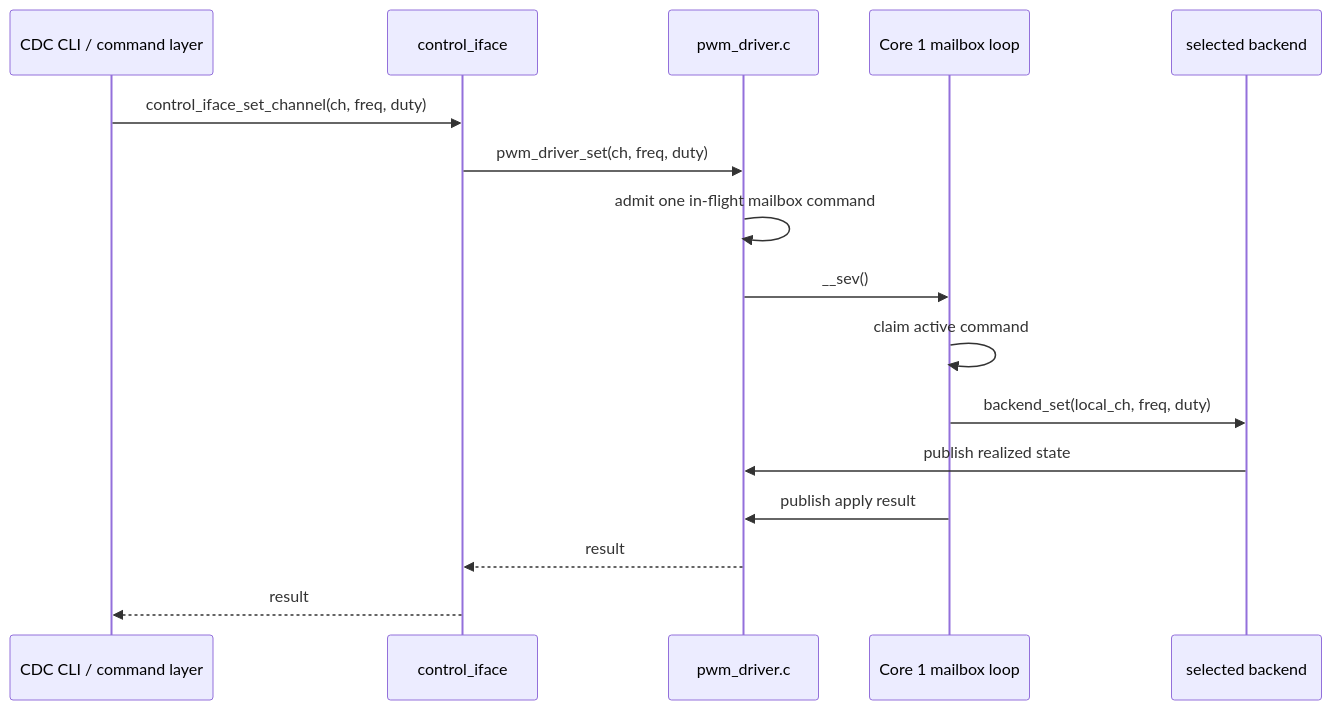
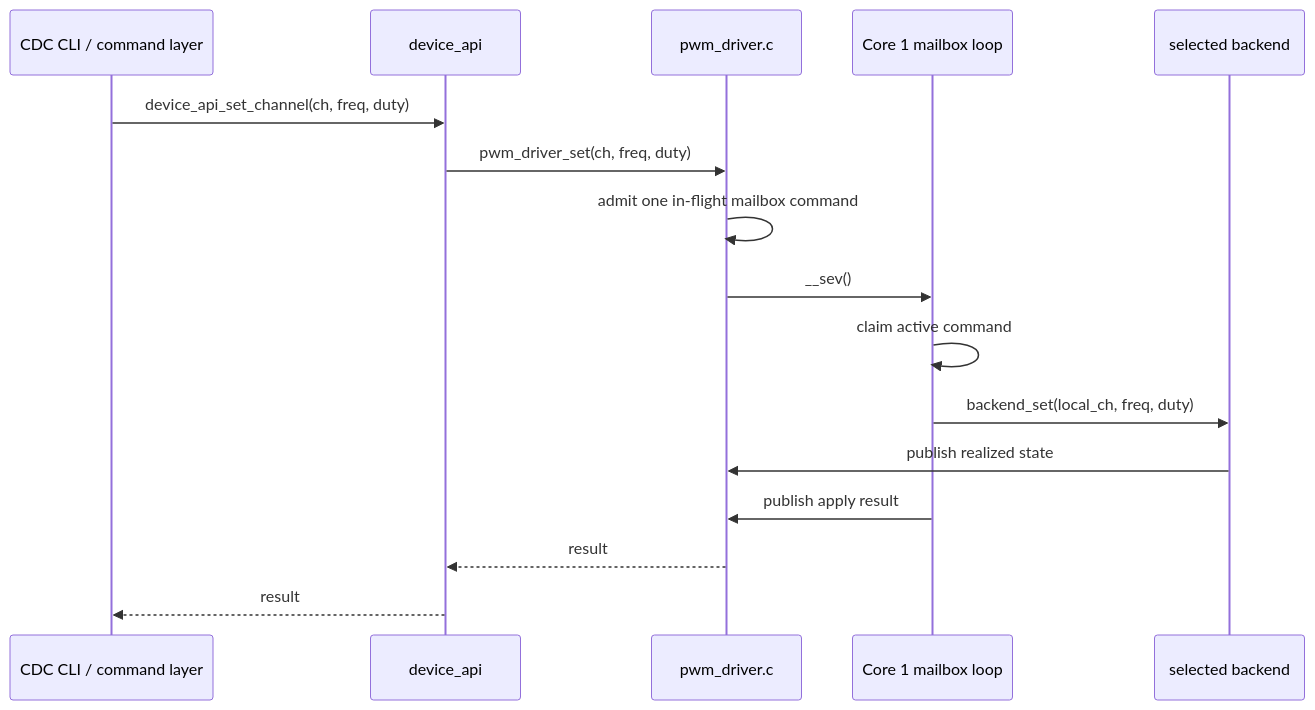
Before and after one commit to djwinter29-oss/PicoPWM: the fifth of 8 diagrams in docs/detail/pwm_driver_design.md, drawn with Mermaid. The commit also changed other lines of this file and 118 other files, not shown here.

````diff
--- a/docs/detail/pwm_driver_design.md
+++ b/docs/detail/pwm_driver_design.md
@@ -306,19 +328,19 @@
 ```mermaid
 sequenceDiagram
     participant CLI as CDC CLI / command layer
-    participant CTL as control_iface
+    participant CTL as device_api
     participant WR as pwm_driver.c
     participant C1 as Core 1 mailbox loop
     participant BE as selected backend
 
-    CLI->>CTL: control_iface_set_channel(ch, freq, duty)
+    CLI->>CTL: device_api_set_channel(ch, freq, duty)
     CTL->>WR: pwm_driver_set(ch, freq, duty)
     WR->>WR: admit one in-flight mailbox command
     WR->>C1: __sev()
     C1->>C1: claim active command
     C1->>BE: backend_set(local_ch, freq, duty)
     BE->>WR: publish realized state
     C1->>WR: publish apply result
     WR-->>CTL: result
     CTL-->>CLI: result
 ```
````
